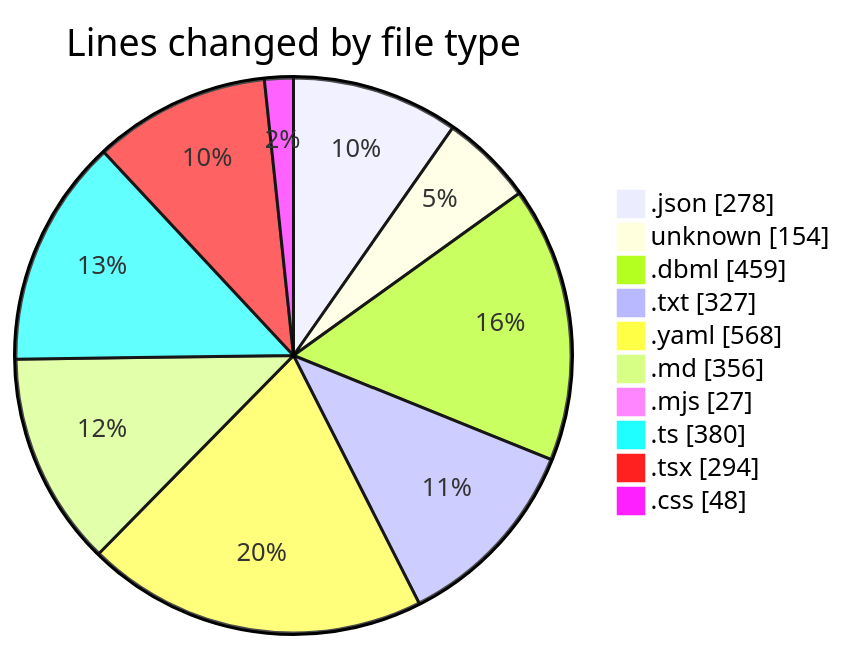
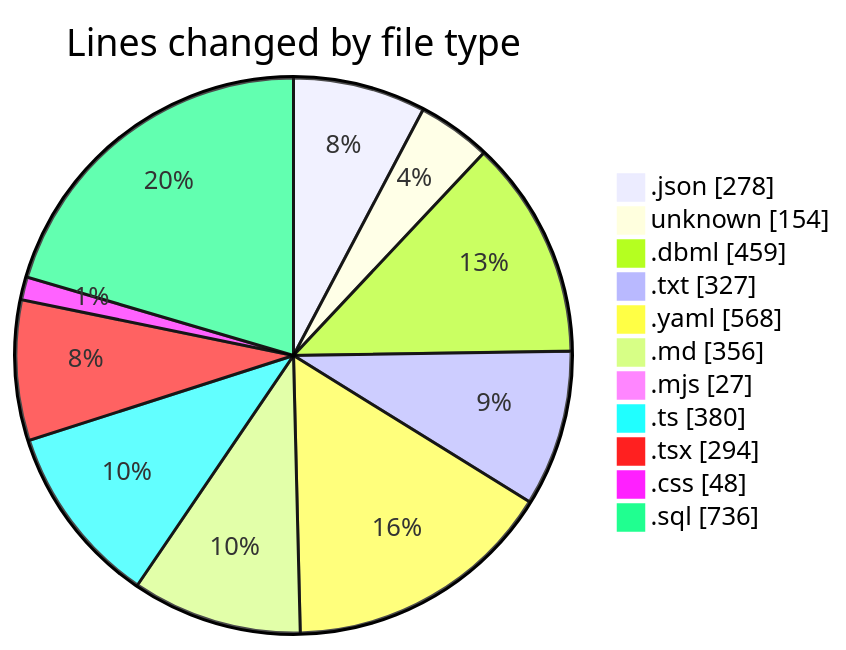
The first of 2 diagrams in 2025-10-02/oura-api/README.md (mevix1/code-tracking), drawn with Mermaid before and after one commit. The commit also changed other lines of this file and 1 other file, not shown here.

````diff
--- a/2025-10-02/oura-api/README.md
+++ b/2025-10-02/oura-api/README.md
@@ -53,14 +54,15 @@
 ```mermaid
 pie showData
 title Lines changed by file type
 ".json" : 278
 "unknown" : 154
 ".dbml" : 459
 ".txt" : 327
 ".yaml" : 568
 ".md" : 356
 ".mjs" : 27
 ".ts" : 380
 ".tsx" : 294
 ".css" : 48
+".sql" : 736
 ```
````
